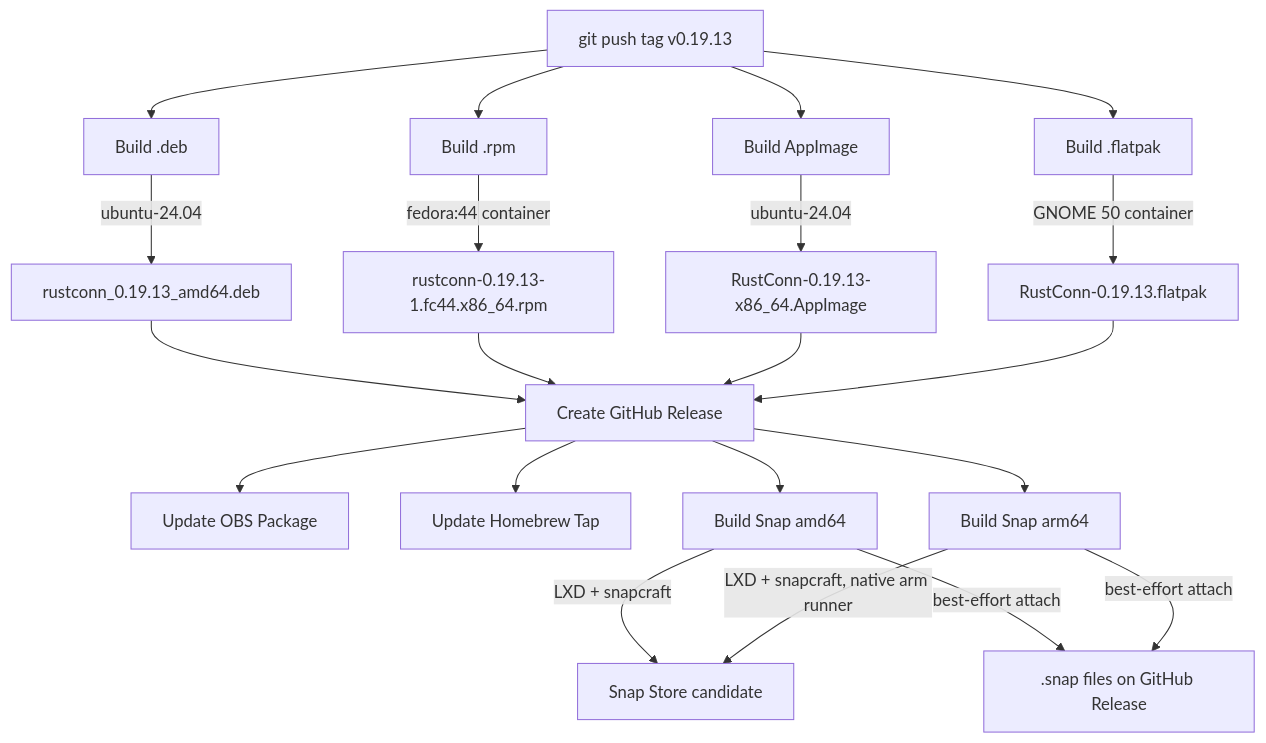
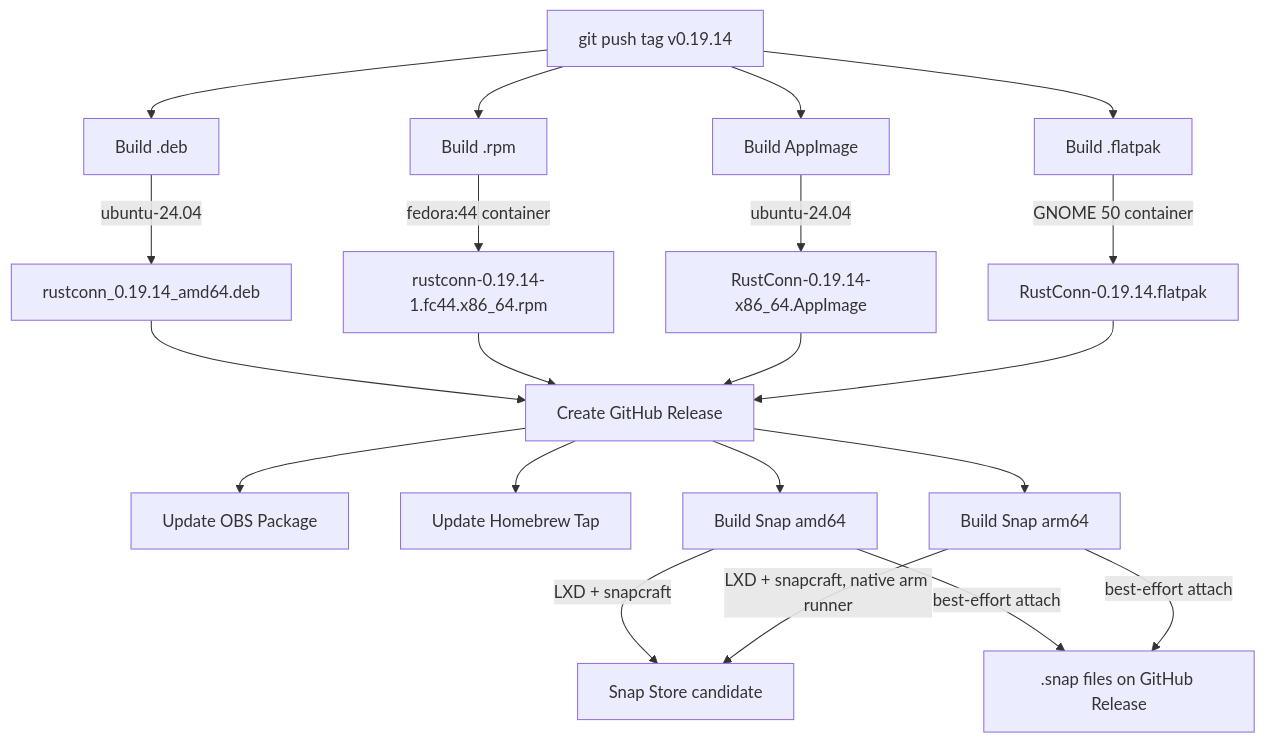
Before and after one commit to philclifford/RustConn: the third of 6 diagrams in docs/CI_BUILD_FLOW.md, drawn with Mermaid. The commit also changed 25 other files, not shown here.

````diff
--- a/docs/CI_BUILD_FLOW.md
+++ b/docs/CI_BUILD_FLOW.md
@@ -67,26 +67,26 @@
 ```mermaid
 graph TD
-    Tag[git push tag v0.19.13] --> BuildDeb[Build .deb]
+    Tag[git push tag v0.19.14] --> BuildDeb[Build .deb]
     Tag --> BuildRPM[Build .rpm]
     Tag --> BuildAppImage[Build AppImage]
     Tag --> BuildFlatpak[Build .flatpak]
 
-    BuildDeb --> |ubuntu-24.04| DebArtifact[rustconn_0.19.13_amd64.deb]
-    BuildRPM --> |fedora:44 container| RPMArtifact[rustconn-0.19.13-1.fc44.x86_64.rpm]
-    BuildAppImage --> |ubuntu-24.04| AppImageArtifact[RustConn-0.19.13-x86_64.AppImage]
-    BuildFlatpak --> |GNOME 50 container| FlatpakArtifact[RustConn-0.19.13.flatpak]
+    BuildDeb --> |ubuntu-24.04| DebArtifact[rustconn_0.19.14_amd64.deb]
+    BuildRPM --> |fedora:44 container| RPMArtifact[rustconn-0.19.14-1.fc44.x86_64.rpm]
+    BuildAppImage --> |ubuntu-24.04| AppImageArtifact[RustConn-0.19.14-x86_64.AppImage]
+    BuildFlatpak --> |GNOME 50 container| FlatpakArtifact[RustConn-0.19.14.flatpak]
 
     DebArtifact --> Release[Create GitHub Release]
     RPMArtifact --> Release
     AppImageArtifact --> Release
     FlatpakArtifact --> Release
 
     Release --> UpdateOBS[Update OBS Package]
     Release --> Brew[Update Homebrew Tap]
     Release --> SnapAmd64[Build Snap amd64]
     Release --> SnapArm64[Build Snap arm64]
     SnapAmd64 --> |LXD + snapcraft| SnapStore[Snap Store candidate]
     SnapArm64 --> |LXD + snapcraft, native arm runner| SnapStore
     SnapAmd64 --> |best-effort attach| SnapAsset[.snap files on GitHub Release]
     SnapArm64 --> |best-effort attach| SnapAsset
 ```
````
